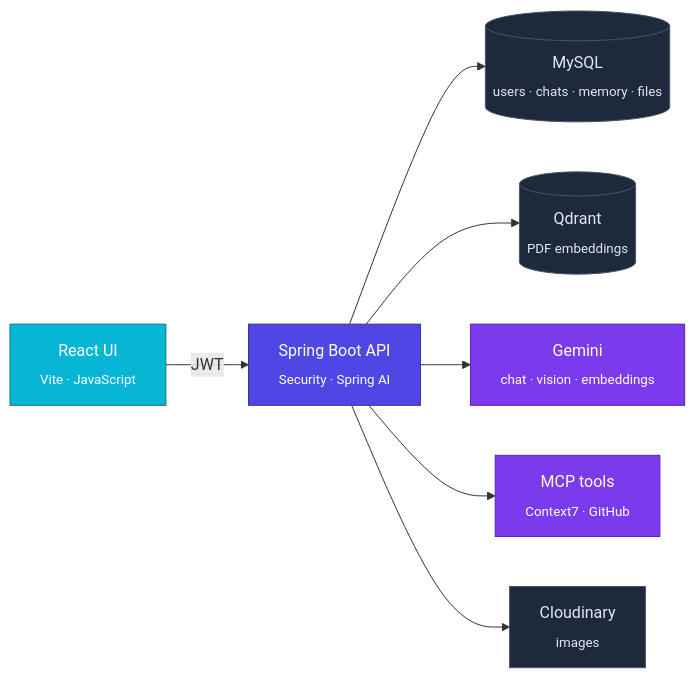
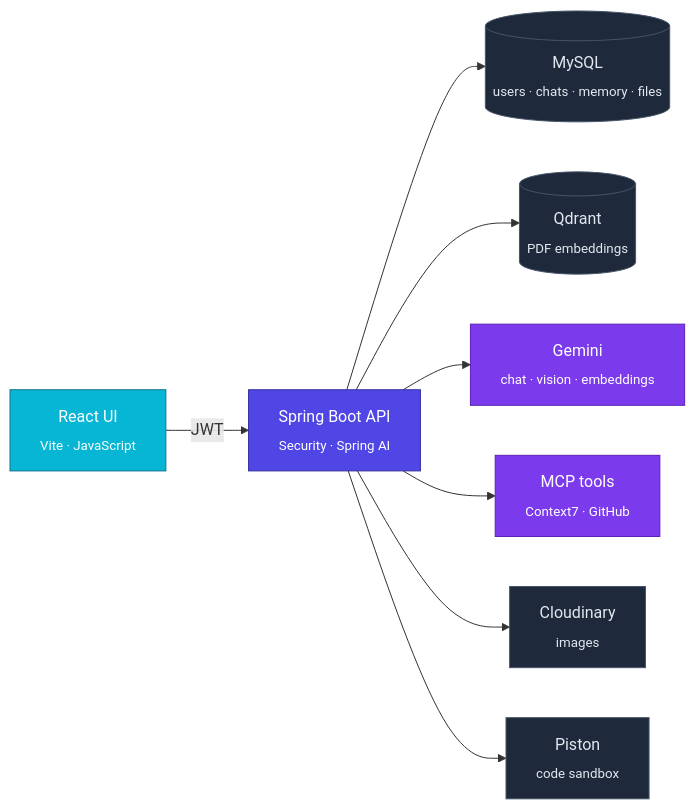
The diagram in README.md (Ayoub717542/DevGuide_AI), drawn with Mermaid before and after one commit. The commit also changed other lines of this file and 1 other file, not shown here.

````diff
--- a/README.md
+++ b/README.md
@@ -82,18 +111,19 @@
 ```mermaid
 flowchart LR
     UI["React UI<br/><sub>Vite · JavaScript</sub>"] -- "JWT" --> API["Spring Boot API<br/><sub>Security · Spring AI</sub>"]
     API --> DB[("MySQL<br/><sub>users · chats · memory · files</sub>")]
     API --> VS[("Qdrant<br/><sub>PDF embeddings</sub>")]
     API --> LLM["Gemini<br/><sub>chat · vision · embeddings</sub>"]
     API --> MCP["MCP tools<br/><sub>Context7 · GitHub</sub>"]
     API --> CDN["Cloudinary<br/><sub>images</sub>"]
+    API --> PST["Piston<br/><sub>code sandbox</sub>"]
 
     classDef ui fill:#06B6D4,stroke:#0E7490,color:#fff
     classDef api fill:#4F46E5,stroke:#3730A3,color:#fff
     classDef ai fill:#7C3AED,stroke:#5B21B6,color:#fff
     classDef store fill:#1E293B,stroke:#475569,color:#E2E8F0
     class UI ui
     class API api
     class LLM,MCP ai
-    class DB,VS,CDN store
+    class DB,VS,CDN,PST store
 ```
````
